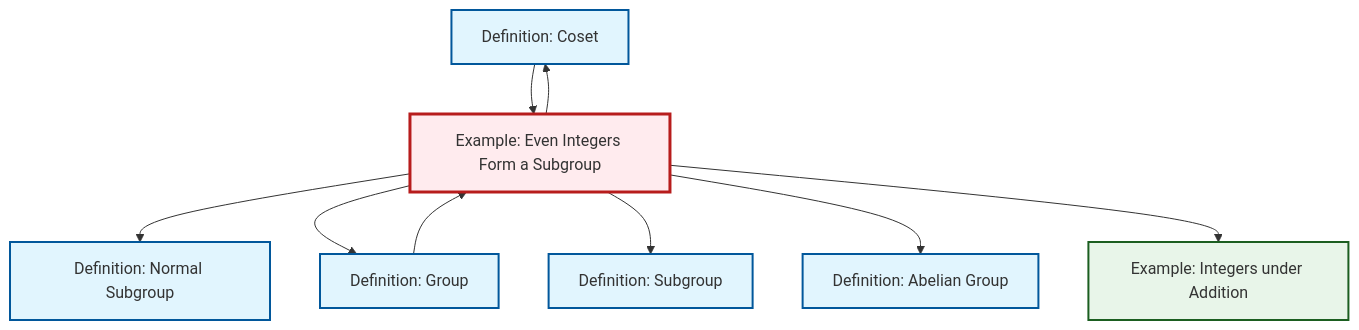
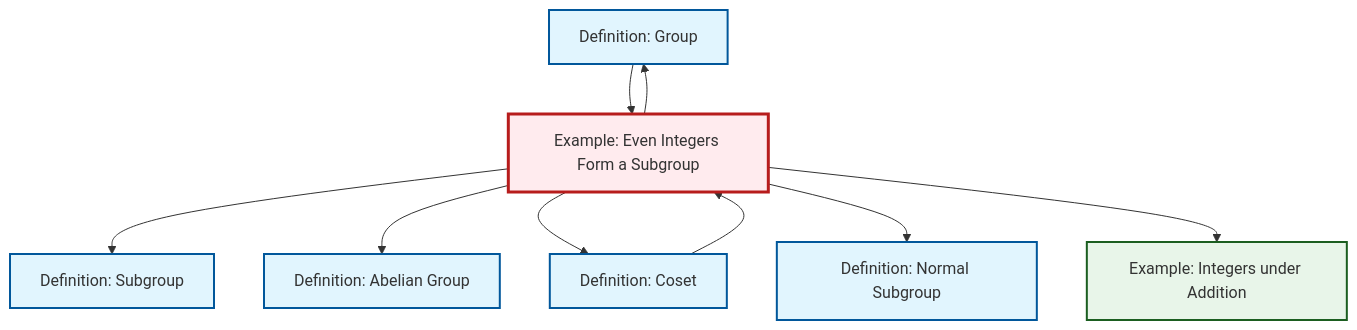
One commit to RK0429/ModernMath changed the diagram in content/ja/algebra/ex-even-integers-subgroup.qmd. Above: the diagram before and after it, drawn with Mermaid. The commit also changed other lines of this file and 615 other files, not shown here.

````diff
--- a/content/ja/algebra/ex-even-integers-subgroup.qmd
+++ b/content/ja/algebra/ex-even-integers-subgroup.qmd
@@ -52,31 +52,31 @@
 ```{mermaid}
 %%| fig-cap: "Local dependency graph"
 graph TD
     classDef definition fill:#e1f5fe,stroke:#01579b,stroke-width:2px
     classDef theorem fill:#f3e5f5,stroke:#4a148c,stroke-width:2px
     classDef axiom fill:#fff3e0,stroke:#e65100,stroke-width:2px
     classDef example fill:#e8f5e9,stroke:#1b5e20,stroke-width:2px
     classDef current fill:#ffebee,stroke:#b71c1c,stroke-width:3px
+    ex-integers-addition["Example: Integers under Addition"]:::example
+    def-group["Definition: Group"]:::definition
+    def-subgroup["Definition: Subgroup"]:::definition
     def-abelian-group["Definition: Abelian Group"]:::definition
-    ex-integers-addition["Example: Integers under Addition"]:::example
+    ex-even-integers-subgroup["Example: Even Integers Form a Subgroup"]:::example
     def-coset["Definition: Coset"]:::definition
     def-normal-subgroup["Definition: Normal Subgroup"]:::definition
-    ex-even-integers-subgroup["Example: Even Integers Form a Subgroup"]:::example
-    def-group["Definition: Group"]:::definition
-    def-subgroup["Definition: Subgroup"]:::definition
+    ex-even-integers-subgroup --> def-subgroup
+    ex-even-integers-subgroup --> def-group
+    def-coset --> ex-even-integers-subgroup
+    ex-even-integers-subgroup --> def-abelian-group
+    ex-even-integers-subgroup --> def-coset
     def-group --> ex-even-integers-subgroup
     ex-even-integers-subgroup --> def-normal-subgroup
-    ex-even-integers-subgroup --> def-group
-    ex-even-integers-subgroup --> def-subgroup
-    def-coset --> ex-even-integers-subgroup
-    ex-even-integers-subgroup --> def-coset
-    ex-even-integers-subgroup --> def-abelian-group
     ex-even-integers-subgroup --> ex-integers-addition
     class ex-even-integers-subgroup current
+    click ex-integers-addition "ex-integers-addition.html" "Example: Integers under Additionへ"
+    click def-group "def-group.html" "Definition: Groupへ"
+    click def-subgroup "def-subgroup.html" "Definition: Subgroupへ"
     click def-abelian-group "def-abelian-group.html" "Definition: Abelian Groupへ"
-    click ex-integers-addition "ex-integers-addition.html" "Example: Integers under Additionへ"
     click def-coset "def-coset.html" "Definition: Cosetへ"
     click def-normal-subgroup "def-normal-subgroup.html" "Definition: Normal Subgroupへ"
-    click def-group "def-group.html" "Definition: Groupへ"
-    click def-subgroup "def-subgroup.html" "Definition: Subgroupへ"
 ```
````
